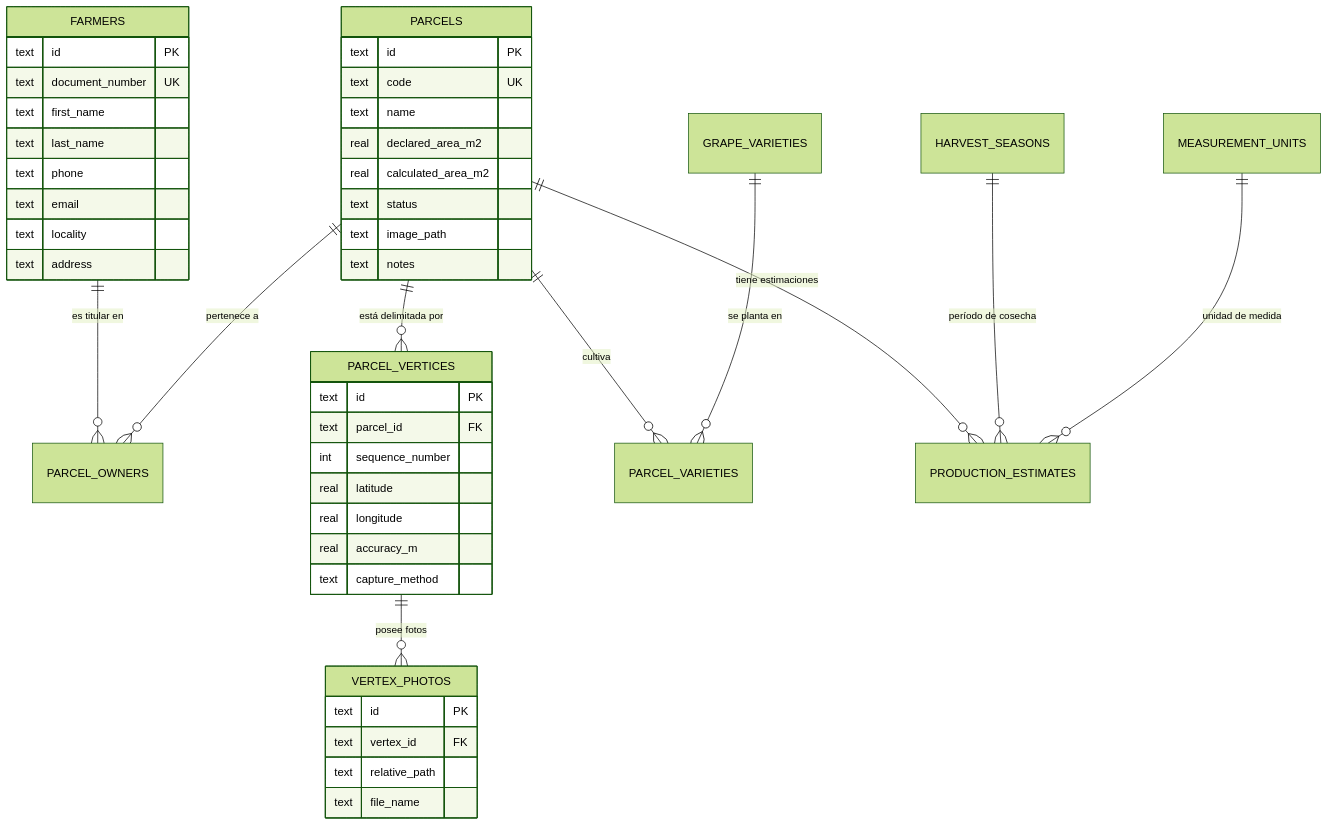
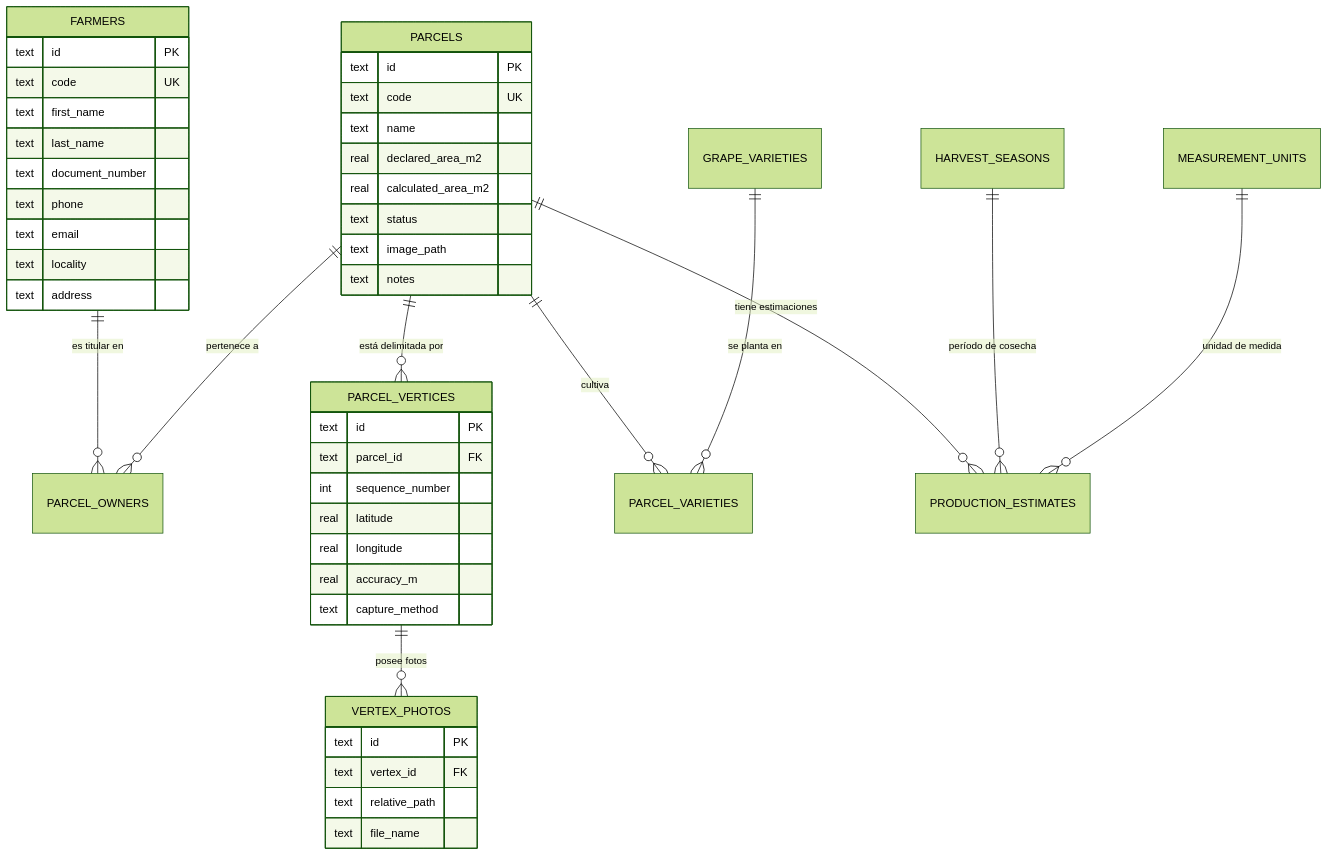
Before and after one commit to ItsMeEli173/CatastroDemo: the diagram in README.md, drawn with Mermaid (forest theme). The commit also changed other lines of this file and 1 other file, not shown here.

````diff
--- a/README.md
+++ b/README.md
@@ -128,51 +128,52 @@
 ```mermaid
 erDiagram
     FARMERS ||--o{ PARCEL_OWNERS : "es titular en"
     PARCELS ||--o{ PARCEL_OWNERS : "pertenece a"
     PARCELS ||--o{ PARCEL_VERTICES : "está delimitada por"
     PARCEL_VERTICES ||--o{ VERTEX_PHOTOS : "posee fotos"
     PARCELS ||--o{ PARCEL_VARIETIES : "cultiva"
     GRAPE_VARIETIES ||--o{ PARCEL_VARIETIES : "se planta en"
     PARCELS ||--o{ PRODUCTION_ESTIMATES : "tiene estimaciones"
     HARVEST_SEASONS ||--o{ PRODUCTION_ESTIMATES : "período de cosecha"
     MEASUREMENT_UNITS ||--o{ PRODUCTION_ESTIMATES : "unidad de medida"
 
     FARMERS {
         text id PK
-        text document_number UK
+        text code UK
         text first_name
         text last_name
+        text document_number
         text phone
         text email
         text locality
         text address
     }
 
     PARCELS {
         text id PK
         text code UK
         text name
         real declared_area_m2
         real calculated_area_m2
         text status
         text image_path
         text notes
     }
 
     PARCEL_VERTICES {
         text id PK
         text parcel_id FK
         int sequence_number
         real latitude
         real longitude
         real accuracy_m
         text capture_method
     }
 
     VERTEX_PHOTOS {
         text id PK
         text vertex_id FK
         text relative_path
         text file_name
     }
 ```
````
